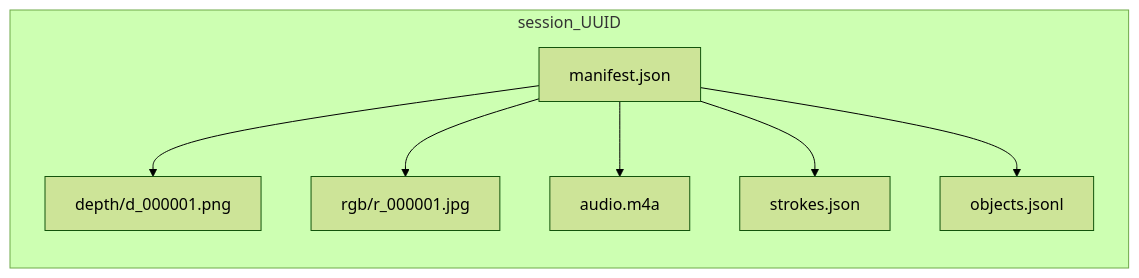
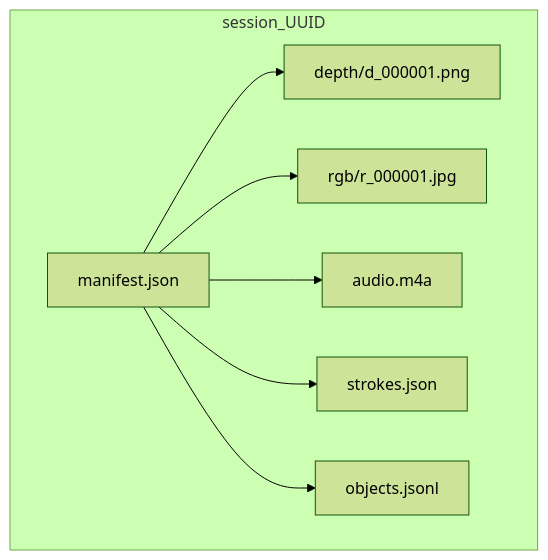
Before and after one commit to VijitPugalia/SandStories: the third of 4 diagrams in README.md, drawn with Mermaid (forest theme). The commit also changed other lines of this file and 2 other files, not shown here.

````diff
--- a/README.md
+++ b/README.md
@@ -103,17 +110,17 @@
 ```mermaid
-flowchart LR
+flowchart TB
   subgraph sessionFolder["session_UUID"]
     manifest["manifest.json"]
     depthDir["depth/d_000001.png"]
     rgbDir["rgb/r_000001.jpg"]
     audioFile["audio.m4a"]
     strokesFile["strokes.json"]
     objectsFile["objects.jsonl"]
   end
 
   manifest --> depthDir
   manifest --> rgbDir
   manifest --> audioFile
   manifest --> strokesFile
   manifest --> objectsFile
 ```
````
